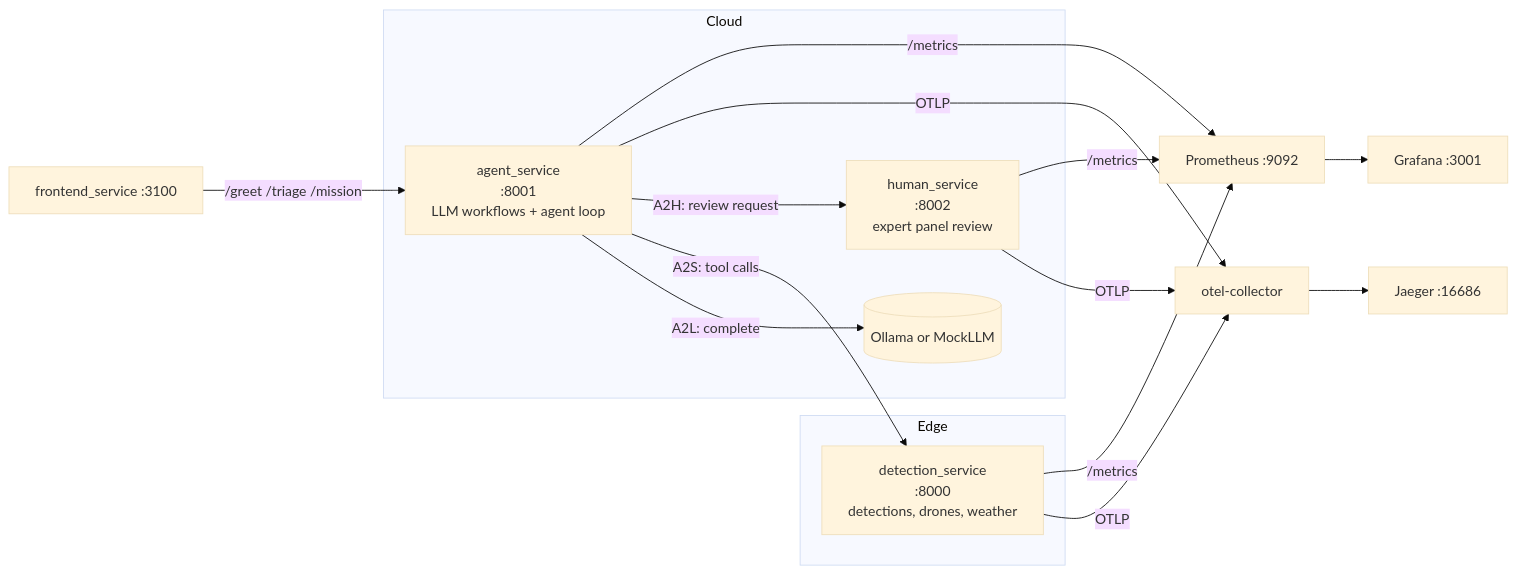
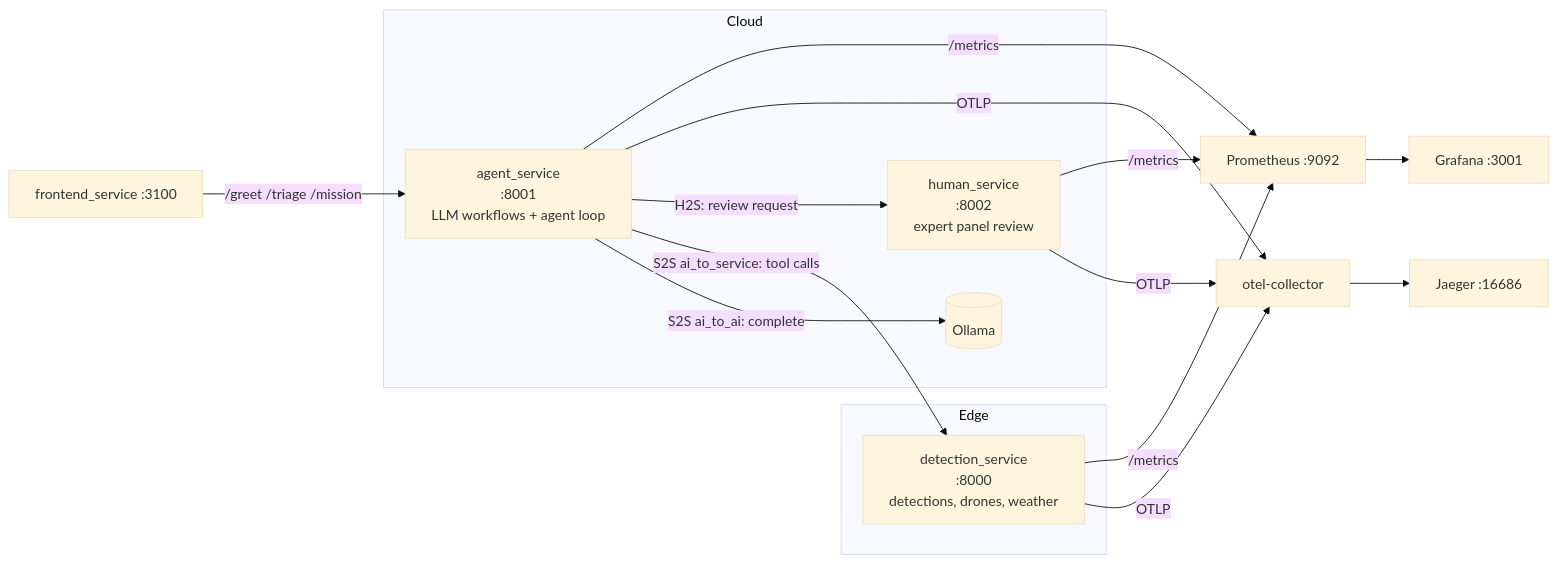
The diagram in tutorials/hisllmintegration/README.md (rdsea/sys4bigml), drawn with Mermaid (base theme) before and after one commit. The commit also changed other lines of this file and 8 other files, not shown here.

Commit message:
Deleted mockLLM and update analytics function(make S2S to have sub interation)

````diff
--- a/tutorials/hisllmintegration/README.md
+++ b/tutorials/hisllmintegration/README.md
@@ -44,17 +44,17 @@
 ```mermaid
 flowchart LR
     subgraph edge [Edge]
         D[detection_service<br/>:8000<br/>detections, drones, weather]
     end
     subgraph cloud [Cloud]
         A[agent_service<br/>:8001<br/>LLM workflows + agent loop]
         H[human_service<br/>:8002<br/>expert panel review]
-        L[(Ollama or MockLLM)]
+        L[(Ollama)]
     end
     F[frontend_service :3100] -->|/greet /triage /mission| A
-    A -->|A2L: complete| L
-    A -->|A2S: tool calls| D
-    A -->|A2H: review request| H
+    A -->|S2S ai_to_ai: complete| L
+    A -->|S2S ai_to_service: tool calls| D
+    A -->|H2S: review request| H
     A & D & H -->|OTLP| C[otel-collector] --> J[Jaeger :16686]
     A & D & H -->|/metrics| P[Prometheus :9092] --> G[Grafana :3001]
 ```
````
